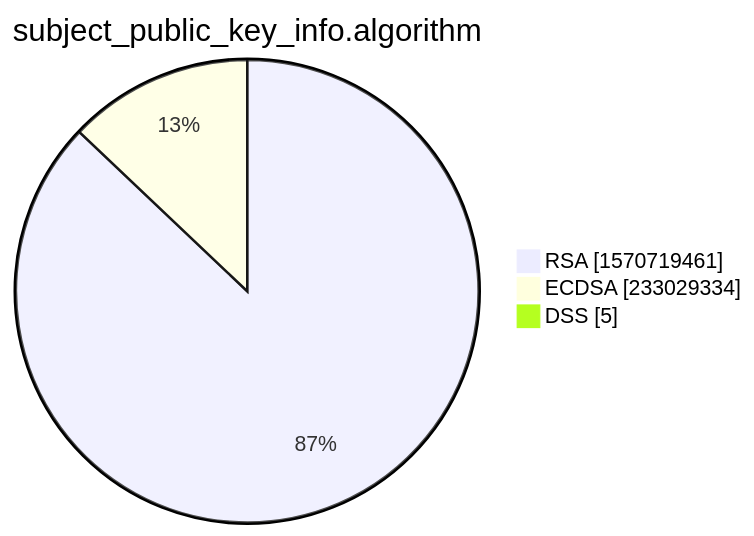
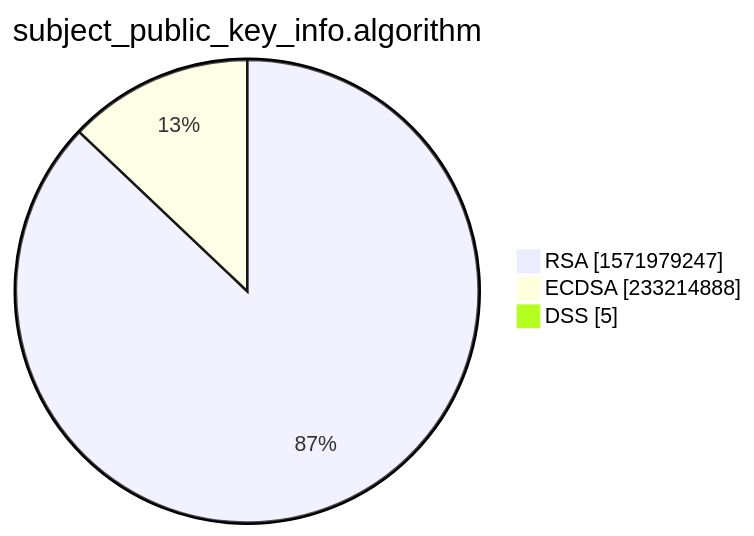
Before and after one commit to christiankrug/ctmonitor_visualization: the third of 15 diagrams in xenon2022/README.md, drawn with Mermaid. The commit also changed other lines of this file, not shown here.

````diff
--- a/xenon2022/README.md
+++ b/xenon2022/README.md
@@ -14,7 +14,7 @@
 ```mermaid
 pie showData
 title subject_public_key_info.algorithm
-"RSA" :1570719461
-"ECDSA" :233029334
+"RSA" :1571979247
+"ECDSA" :233214888
 "DSS" :5
 ```
````
